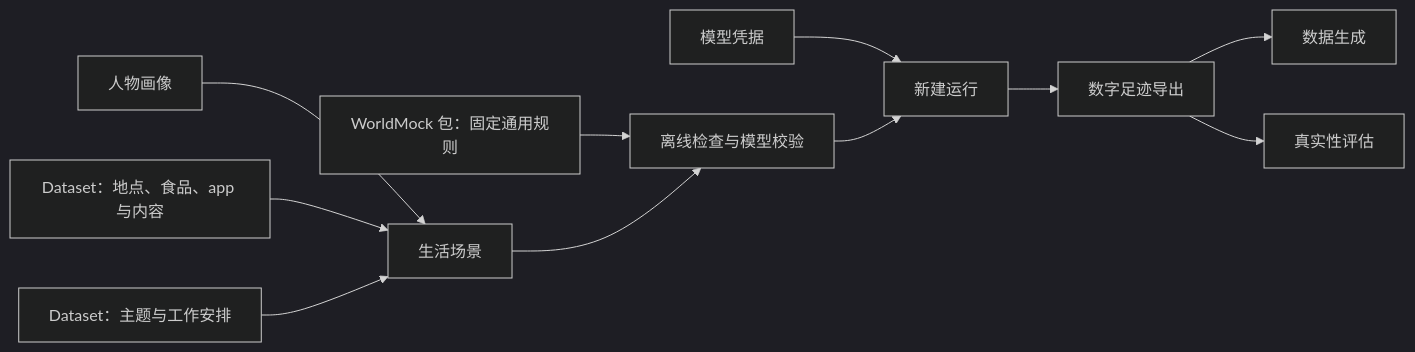
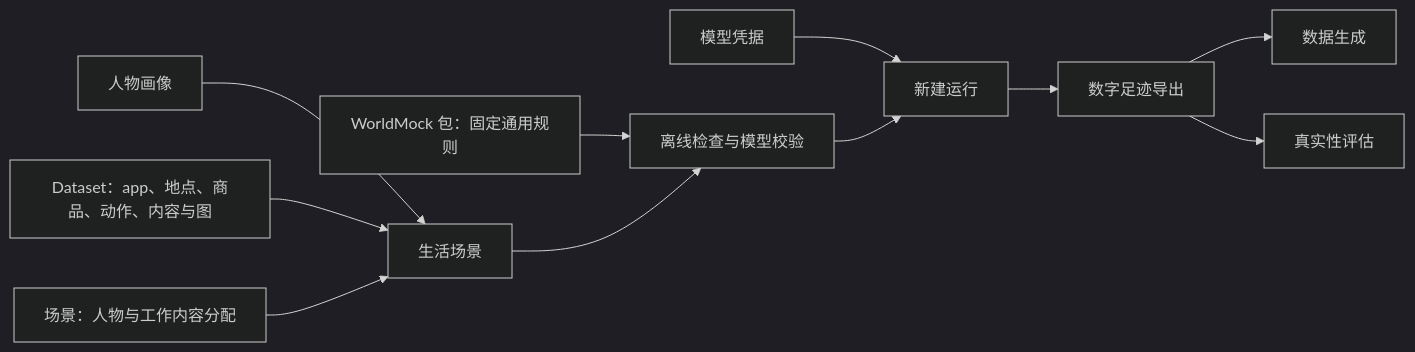
Before and after one commit to HoldThatThgt/WorldMock: the diagram in docs/manual/README.md, drawn with Mermaid (dark theme). The commit also changed other lines of this file and 20 other files, not shown here.

````diff
--- a/docs/manual/README.md
+++ b/docs/manual/README.md
@@ -31,13 +31,13 @@
 ```mermaid
 flowchart LR
     PERSON[人物画像] --> SCENE[生活场景]
-    WORLD[Dataset：地点、食品、app 与内容] --> SCENE
-    TOPICS[Dataset：主题与工作安排] --> SCENE
+    WORLD[Dataset：app、地点、商品、动作、内容与图] --> SCENE
+    WORK[场景：人物与工作内容分配] --> SCENE
     PACKAGE[WorldMock 包：固定通用规则] --> CHECK
     SCENE --> CHECK[离线检查与模型校验]
     KEY[模型凭据] --> RUN[新建运行]
     CHECK --> RUN
     RUN --> EXPORT[数字足迹导出]
     EXPORT --> DATA[数据生成]
     EXPORT --> EVAL[真实性评估]
 ```
````
